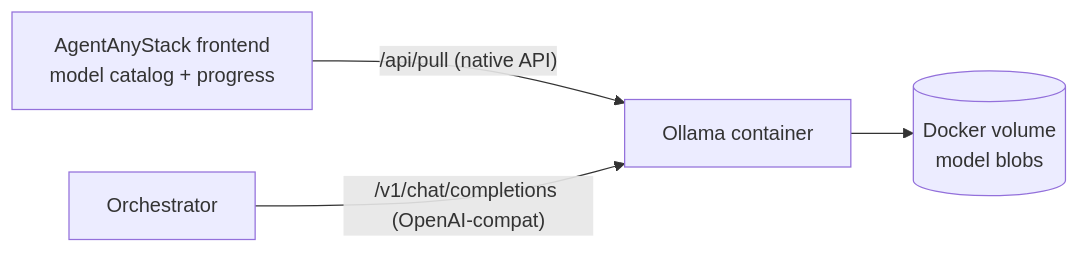
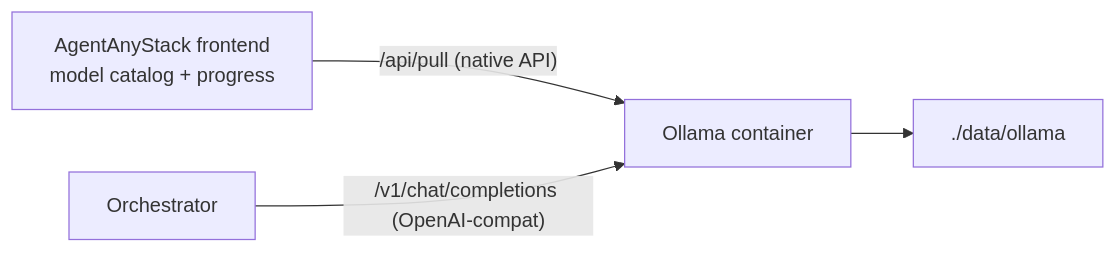
Before and after one commit to abhishekjasani/AgentAnyStack: the seventh of 7 diagrams in docs/LOCAL_MODEL_STACK.md, drawn with Mermaid. The commit also changed other lines of this file and 7 other files, not shown here.

Commit message:
feat: update documentation and configurations for Ollama model weights management and runtime data handling

````diff
--- a/docs/LOCAL_MODEL_STACK.md
+++ b/docs/LOCAL_MODEL_STACK.md
@@ -202,6 +202,6 @@
 ```mermaid
 flowchart LR
     UI[AgentAnyStack frontend\nmodel catalog + progress] -->|"/api/pull (native API)"| OL[Ollama container]
     ORC[Orchestrator] -->|"/v1/chat/completions (OpenAI-compat)"| OL
-    OL --> VOL[(Docker volume\nmodel blobs)]
+    OL --> VOL["./data/ollama"]
 ```
````
